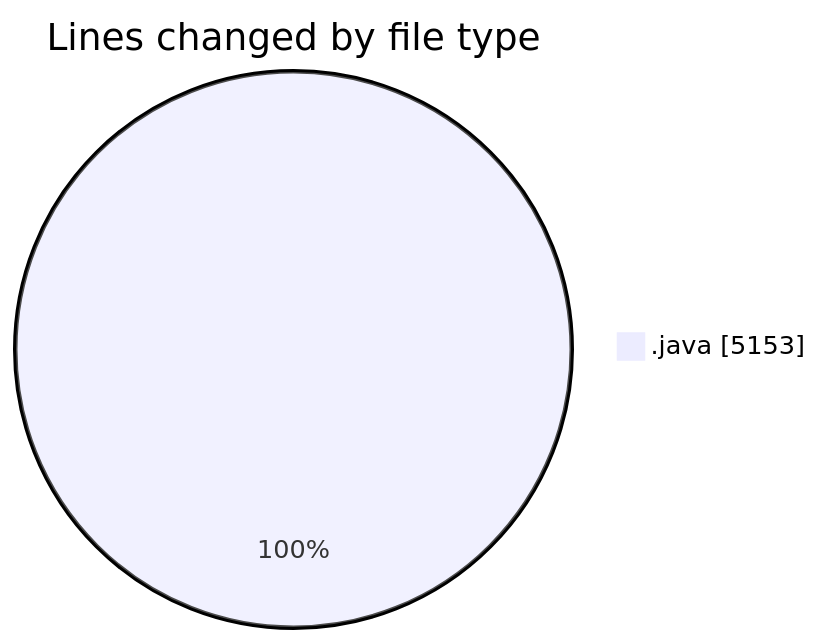
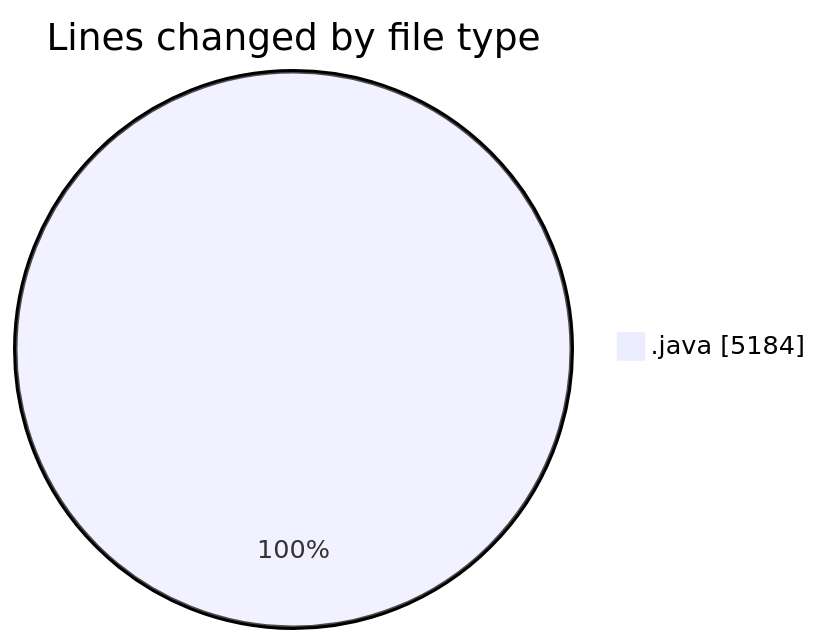
Before and after one commit to ricardozamudiocil/code-tracking: the first of 2 diagrams in 2026-11-17/cilapp/README.md, drawn with Mermaid. The commit also changed other lines of this file and 1 other file, not shown here.

````diff
--- a/2026-11-17/cilapp/README.md
+++ b/2026-11-17/cilapp/README.md
@@ -22,5 +22,5 @@
 ```mermaid
 pie showData
 title Lines changed by file type
-".java" : 5153
+".java" : 5184
 ```
````
